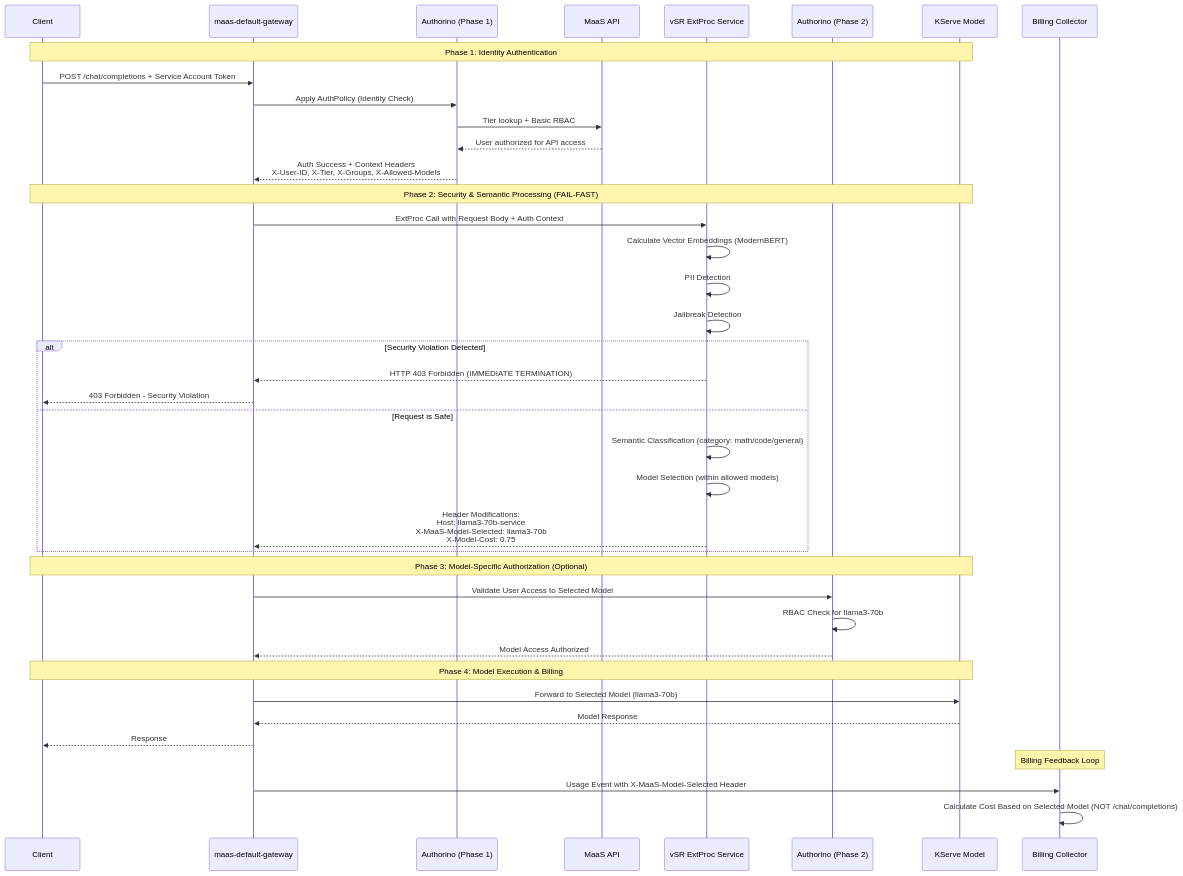
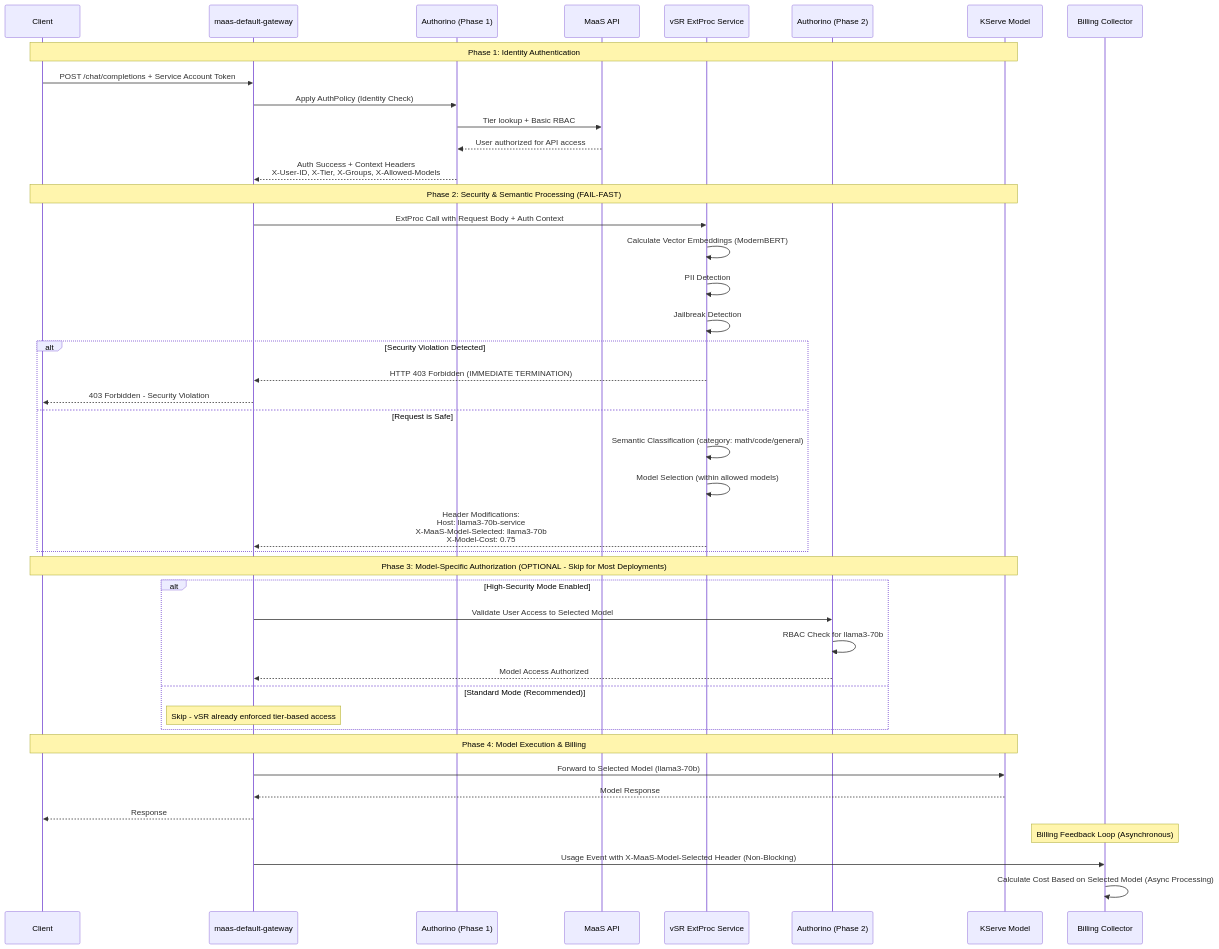
The ninth of 9 diagrams in docs/designs/vSR-Integration/README.md (noyitz/maas-billing), drawn with Mermaid before and after one commit. The commit also changed other lines of this file, not shown here.

First line of the commit message:
Address critical feedback on vSR-MaaS integration design

````diff
--- a/docs/designs/vSR-Integration/README.md
+++ b/docs/designs/vSR-Integration/README.md
@@ -370,47 +370,51 @@
 ```mermaid
 sequenceDiagram
     participant Client
     participant Gateway as maas-default-gateway
     participant Authorino as Authorino (Phase 1)
     participant MaaSAPI as MaaS API
     participant vSR as vSR ExtProc Service
     participant Authorino2 as Authorino (Phase 2)
     participant KServe as KServe Model
     participant Billing as Billing Collector
     
     Note over Client,KServe: Phase 1: Identity Authentication
     Client->>Gateway: POST /chat/completions + Service Account Token
     Gateway->>Authorino: Apply AuthPolicy (Identity Check)
     Authorino->>MaaSAPI: Tier lookup + Basic RBAC
     MaaSAPI-->>Authorino: User authorized for API access
     Authorino-->>Gateway: Auth Success + Context Headers<br/>X-User-ID, X-Tier, X-Groups, X-Allowed-Models
     
     Note over Client,KServe: Phase 2: Security & Semantic Processing (FAIL-FAST)
     Gateway->>vSR: ExtProc Call with Request Body + Auth Context
     vSR->>vSR: Calculate Vector Embeddings (ModernBERT)
     vSR->>vSR: PII Detection
     vSR->>vSR: Jailbreak Detection
     
     alt Security Violation Detected
         vSR-->>Gateway: HTTP 403 Forbidden (IMMEDIATE TERMINATION)
         Gateway-->>Client: 403 Forbidden - Security Violation
     else Request is Safe
         vSR->>vSR: Semantic Classification (category: math/code/general)
         vSR->>vSR: Model Selection (within allowed models)
         vSR-->>Gateway: Header Modifications:<br/>Host: llama3-70b-service<br/>X-MaaS-Model-Selected: llama3-70b<br/>X-Model-Cost: 0.75
     end
     
-    Note over Client,KServe: Phase 3: Model-Specific Authorization (Optional)
-    Gateway->>Authorino2: Validate User Access to Selected Model
-    Authorino2->>Authorino2: RBAC Check for llama3-70b
-    Authorino2-->>Gateway: Model Access Authorized
+    Note over Client,KServe: Phase 3: Model-Specific Authorization (OPTIONAL - Skip for Most Deployments)
+    alt High-Security Mode Enabled
+        Gateway->>Authorino2: Validate User Access to Selected Model
+        Authorino2->>Authorino2: RBAC Check for llama3-70b
+        Authorino2-->>Gateway: Model Access Authorized
+    else Standard Mode (Recommended)
+        Note over Gateway: Skip - vSR already enforced tier-based access
+    end
     
     Note over Client,KServe: Phase 4: Model Execution & Billing
     Gateway->>KServe: Forward to Selected Model (llama3-70b)
     KServe-->>Gateway: Model Response
     Gateway-->>Client: Response
     
-    Note over Billing: Billing Feedback Loop
-    Gateway->>Billing: Usage Event with X-MaaS-Model-Selected Header
-    Billing->>Billing: Calculate Cost Based on Selected Model (NOT /chat/completions)
+    Note over Billing: Billing Feedback Loop (Asynchronous)
+    Gateway->>Billing: Usage Event with X-MaaS-Model-Selected Header (Non-Blocking)
+    Billing->>Billing: Calculate Cost Based on Selected Model (Async Processing)
 ```
````
